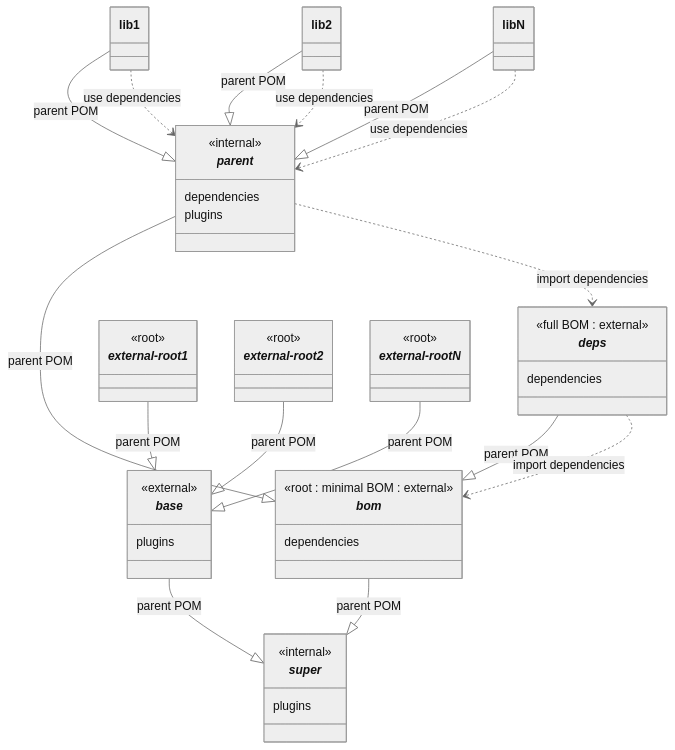
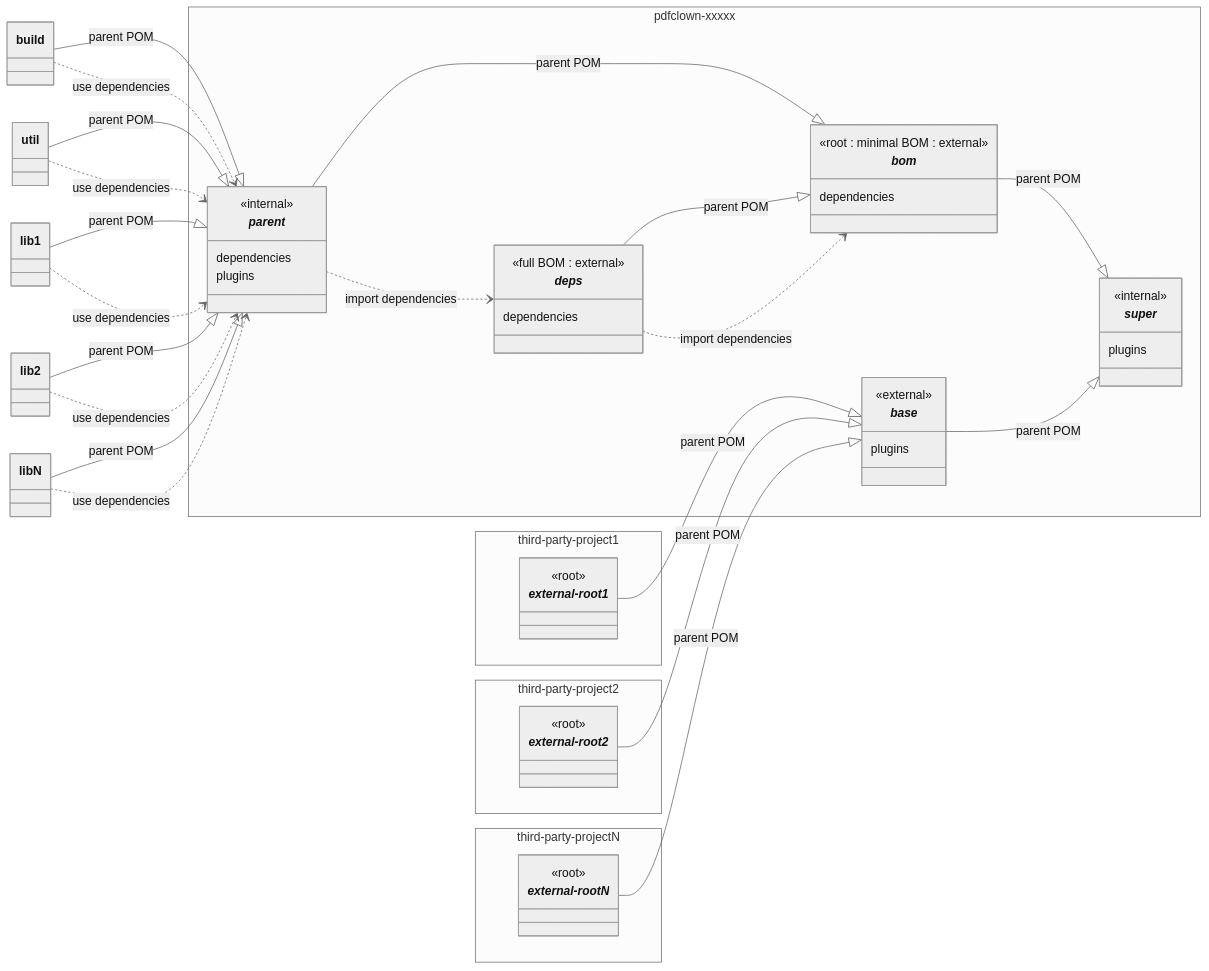
The diagram in docs/structure.md (pdfclown/pdfclown-common), drawn with Mermaid (neutral theme) before and after one commit. The commit also changed other lines of this file, not shown here.

Commit message:
docs: update "Project Structure" conventions/4
In "Project Hierarchy" diagram:

- add project boundaries (via namespaces)

- add `build` and `util` concrete subprojects

- change orientation (left-to-right instead of top-to-bottom)

````diff
--- a/docs/structure.md
+++ b/docs/structure.md
@@ -23,52 +23,67 @@
 ```mermaid
 classDiagram
-    class _base_{
-        <<external>>
-        plugins
+    direction LR
+    namespace pdfclown-xxxxx {
+      class _base_ {
+          <<external>>
+          plugins
+      }
+      class _bom_ {
+          <<root : minimal BOM : external>>
+          dependencies
+      }
+      class _deps_ {
+          <<full BOM : external>>
+          dependencies
+      }
+      class _parent_ {
+          <<internal>>
+          dependencies
+          plugins
+      }
+      class _super_ {
+          <<internal>>
+          plugins
+      }
     }
-    class _bom_ {
-        <<root : minimal BOM : external>>
-        dependencies
+    link _base_ "#subproject_base" "base subproject"
+
+    namespace third-party-project1 {
+      class _external-root1_{
+          <<root>>
+      }
     }
-    class _deps_ {
-        <<full BOM : external>>
-        dependencies
+    namespace third-party-project2 {
+      class _external-root2_{
+          <<root>>
+      }
     }
-    class _external-root1_{
-        <<root>>
-    }
-    class _external-root2_{
-        <<root>>
-    }
-    class _external-rootN_{
-        <<root>>
-    }
-    class _parent_{
-        <<internal>>
-        dependencies
-        plugins
-    }
-    class _super_ {
-        <<internal>>
-        plugins
+    namespace third-party-projectN {
+      class _external-rootN_{
+          <<root>>
+      }
     }
 
     %% Inheritance relationships (child --|> parent)
     _bom_ --|> _super_ : parent POM
     _deps_ --|> _bom_ : parent POM
     _parent_ --|> _bom_ : parent POM
     _base_ --|> _super_ : parent POM
+    build --|> _parent_ : parent POM
+    util --|> _parent_ : parent POM
     lib1 --|> _parent_ : parent POM
     lib2 --|> _parent_ : parent POM
     libN --|> _parent_ : parent POM
     _external-root1_ --|> _base_ : parent POM
     _external-root2_ --|> _base_ : parent POM
     _external-rootN_ --|> _base_ : parent POM
 
     %% Dependency imports, usages and other relationships
     _parent_ ..> _deps_ : import dependencies
     _deps_ ..> _bom_ : import dependencies
+    build ..> _parent_ : use dependencies
+    util ..> _parent_ : use dependencies
     lib1 ..> _parent_ : use dependencies
     lib2 ..> _parent_ : use dependencies
     libN ..> _parent_ : use dependencies
 ```
````
